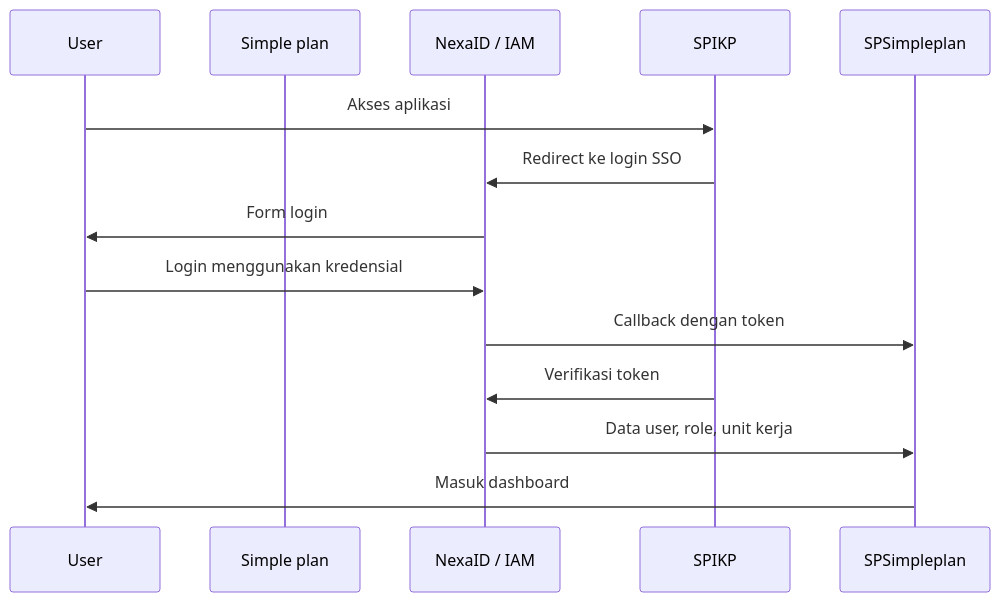
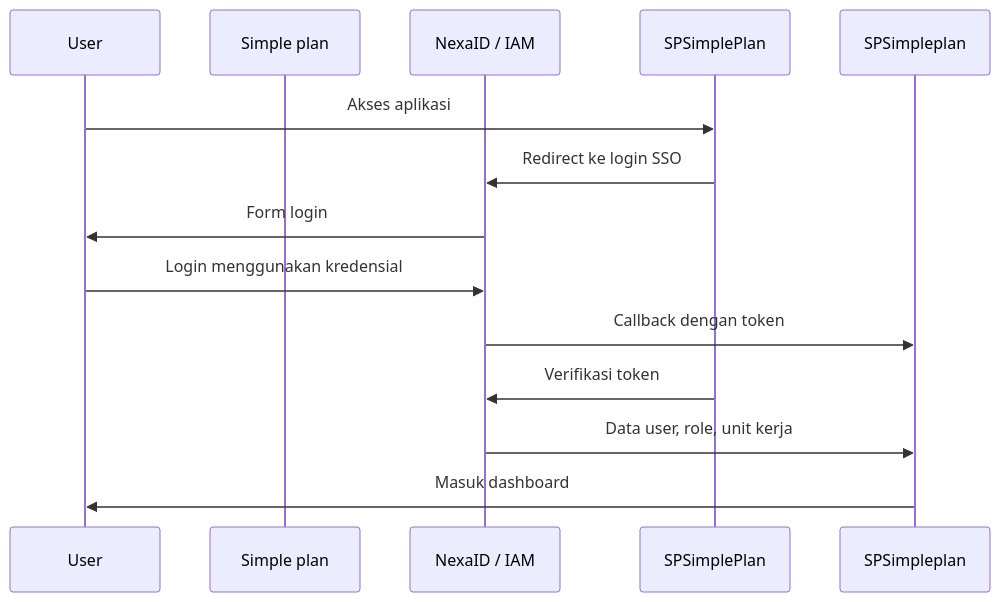
The diagram in README.md (RSCH-Platform/Simple-Plan-), drawn with Mermaid before and after one commit.

````diff
--- a/README.md
+++ b/README.md
@@ -494,15 +494,15 @@
 ```mermaid
 sequenceDiagram
     participant User
     participant Simple plan
     participant IAM as NexaID / IAM
 
-    User->>SPIKP: Akses aplikasi
-    SPIKP->>IAM: Redirect ke login SSO
+    User->>SPSimplePlan: Akses aplikasi
+    SPSimplePlan->>IAM: Redirect ke login SSO
     IAM->>User: Form login
     User->>IAM: Login menggunakan kredensial
     IAM->>SPSimpleplan: Callback dengan token
-    SPIKP->>IAM: Verifikasi token
+    SPSimplePlan->>IAM: Verifikasi token
     IAM->>SPSimpleplan: Data user, role, unit kerja
     SPSimpleplan->>User: Masuk dashboard
 ```
````
